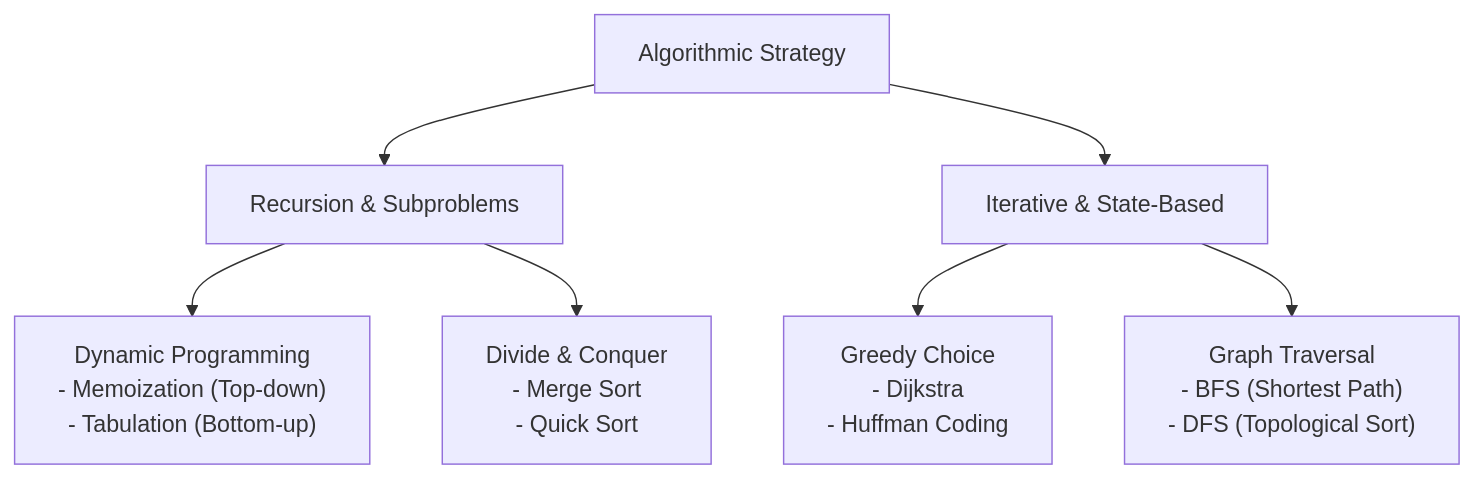
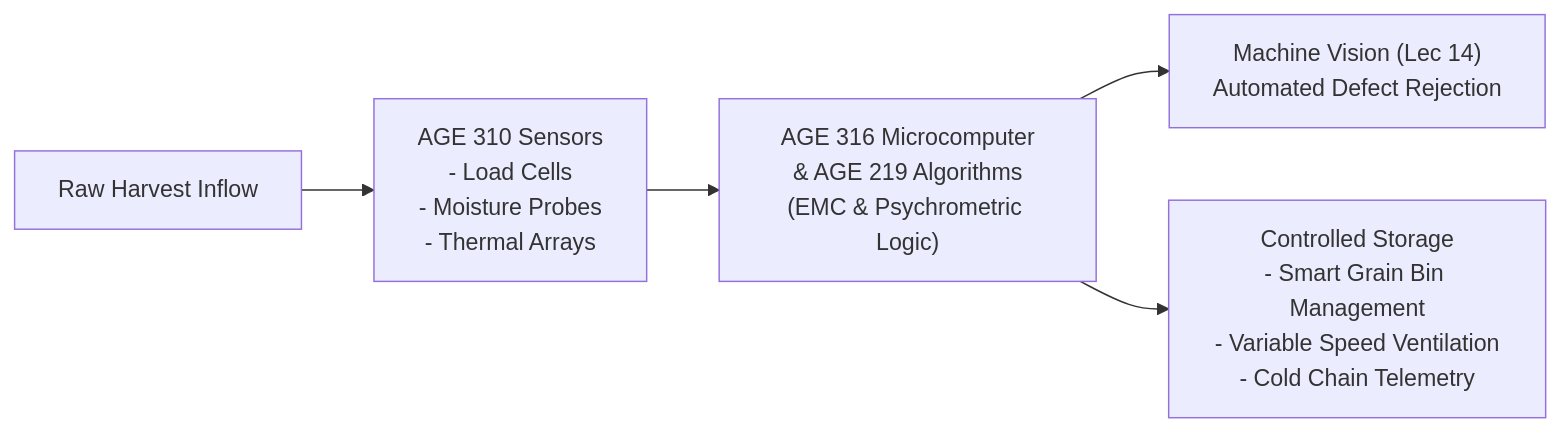
Before and after one commit to kadefue/Course_Notes: the fourth of 4 diagrams in README.md, drawn with Mermaid. The commit also changed other lines of this file and 8 other files, not shown here.

````diff
--- a/README.md
+++ b/README.md
@@ -81,12 +216,7 @@
 ```mermaid
-flowchart TD
-    ROOT["Algorithmic Strategy"]
-    ROOT --> REC["Recursion & Subproblems"]
-    ROOT --> ITER["Iterative & State-Based"]
-
-    REC --> DP["Dynamic Programming\n- Memoization (Top-down)\n- Tabulation (Bottom-up)"]
-    REC --> DNC["Divide & Conquer\n- Merge Sort\n- Quick Sort"]
-    
-    ITER --> GREEDY["Greedy Choice\n- Dijkstra\n- Huffman Coding"]
-    ITER --> GRAPH["Graph Traversal\n- BFS (Shortest Path)\n- DFS (Topological Sort)"]
+flowchart LR
+    RAW["Raw Harvest Inflow"] --> SENSE["AGE 310 Sensors\n- Load Cells\n- Moisture Probes\n- Thermal Arrays"]
+    SENSE --> COMP["AGE 316 Microcomputer\n& AGE 219 Algorithms\n(EMC & Psychrometric Logic)"]
+    COMP --> SORT["Machine Vision (Lec 14)\nAutomated Defect Rejection"]
+    COMP --> ENV["Controlled Storage\n- Smart Grain Bin Management\n- Variable Speed Ventilation\n- Cold Chain Telemetry"]
 ```
````
